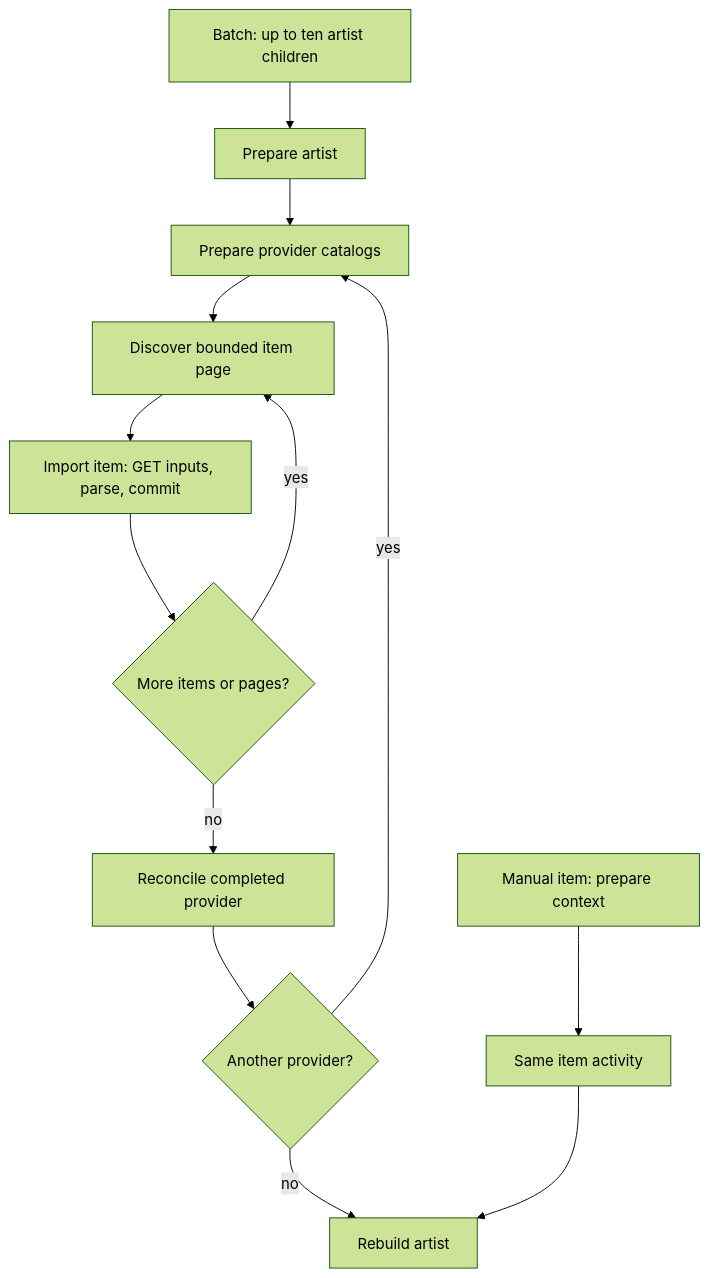
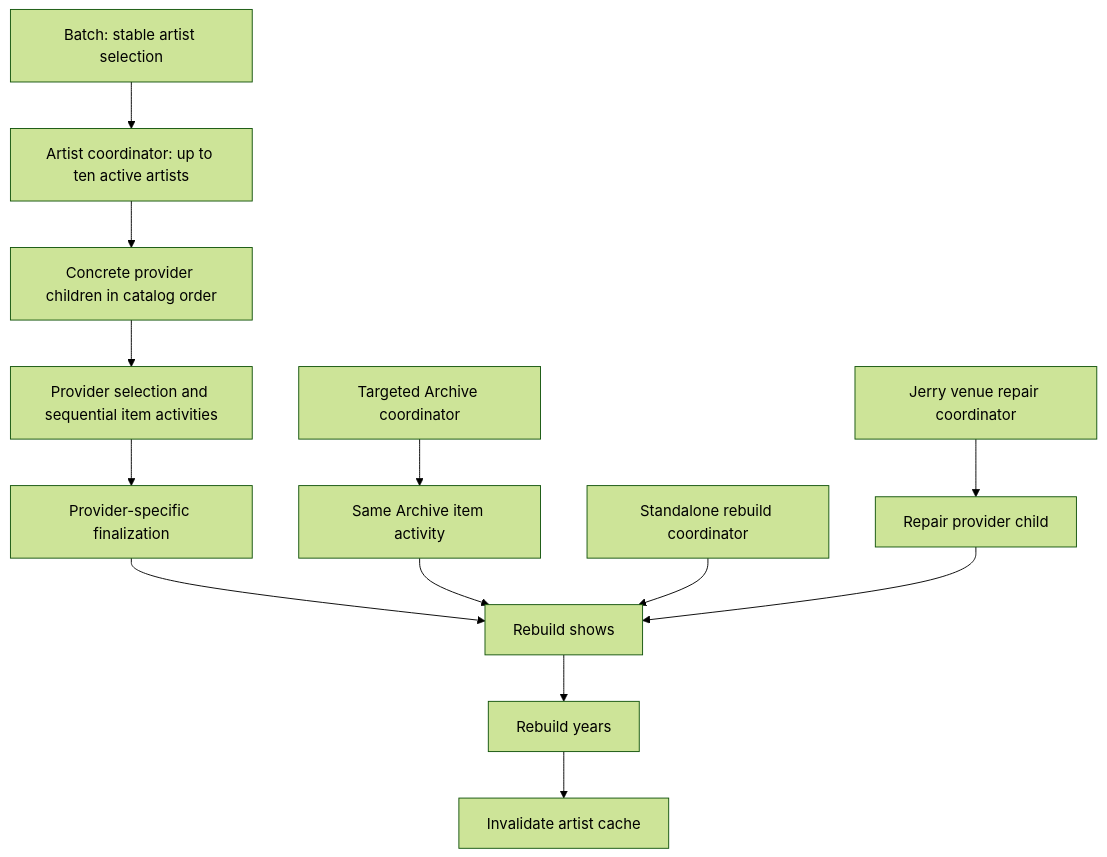
Before and after one commit to RelistenNet/RelistenApi: the diagram in docs/temporal/architecture.md, drawn with Mermaid (forest theme). The commit also changed other lines of this file and 10 other files, not shown here.

````diff
--- a/docs/temporal/architecture.md
+++ b/docs/temporal/architecture.md
@@ -5,15 +5,15 @@
 ```mermaid
 flowchart TD
-    Batch[Batch: up to ten artist children] --> Artist[Prepare artist]
-    Artist --> Prepare[Prepare provider catalogs]
-    Prepare --> Discover[Discover bounded item page]
-    Discover --> Item[Import item: GET inputs, parse, commit]
-    Item --> More{More items or pages?}
-    More -->|yes| Discover
-    More -->|no| Reconcile[Reconcile completed provider]
-    Reconcile --> Provider{Another provider?}
-    Provider -->|yes| Prepare
-    Provider -->|no| Rebuild[Rebuild artist]
-    Manual[Manual item: prepare context] --> Single[Same item activity]
-    Single --> Rebuild
+    Batch[Batch: stable artist selection] --> Artist[Artist coordinator: up to ten active artists]
+    Artist --> Providers[Concrete provider children in catalog order]
+    Providers --> Steps[Provider selection and sequential item activities]
+    Steps --> Finalize[Provider-specific finalization]
+    Finalize --> Shows[Rebuild shows]
+    Shows --> Years[Rebuild years]
+    Years --> Cache[Invalidate artist cache]
+    Target[Targeted Archive coordinator] --> Item[Same Archive item activity]
+    Item --> Shows
+    Rebuild[Standalone rebuild coordinator] --> Shows
+    Repair[Jerry venue repair coordinator] --> RepairSteps[Repair provider child]
+    RepairSteps --> Shows
 ```
````
